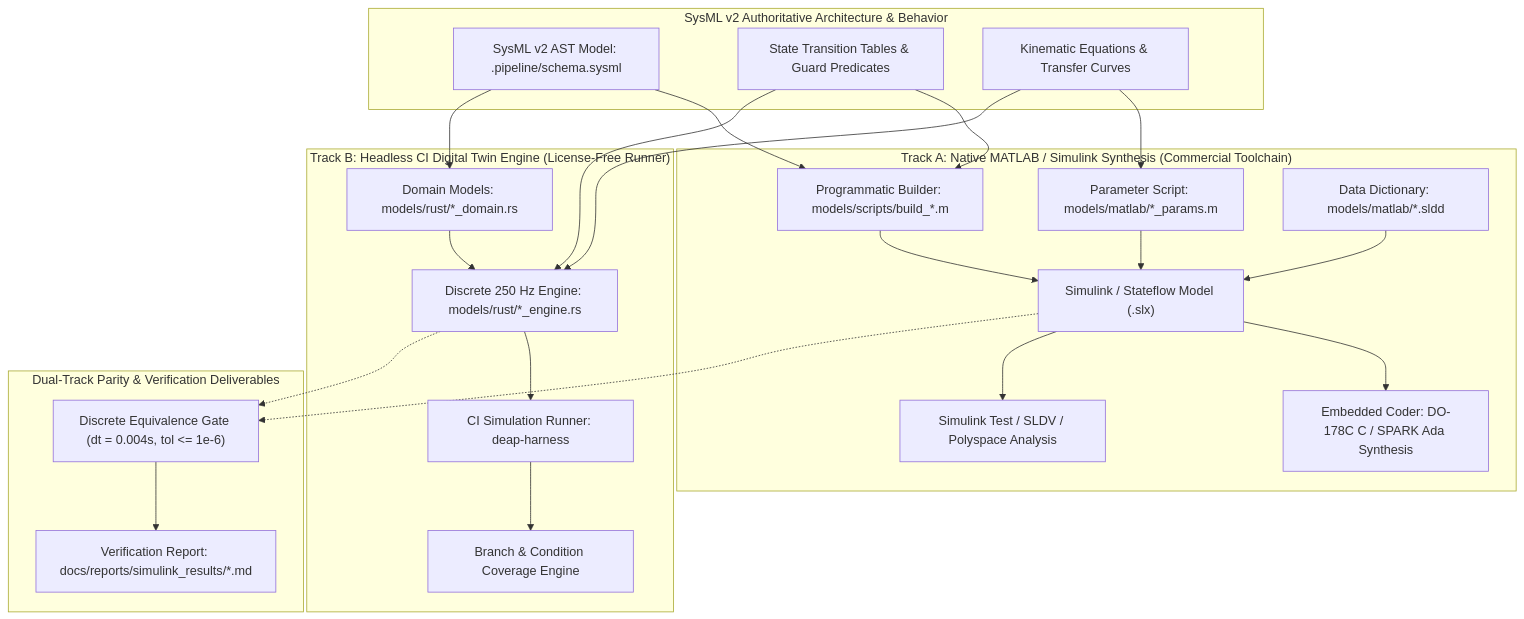
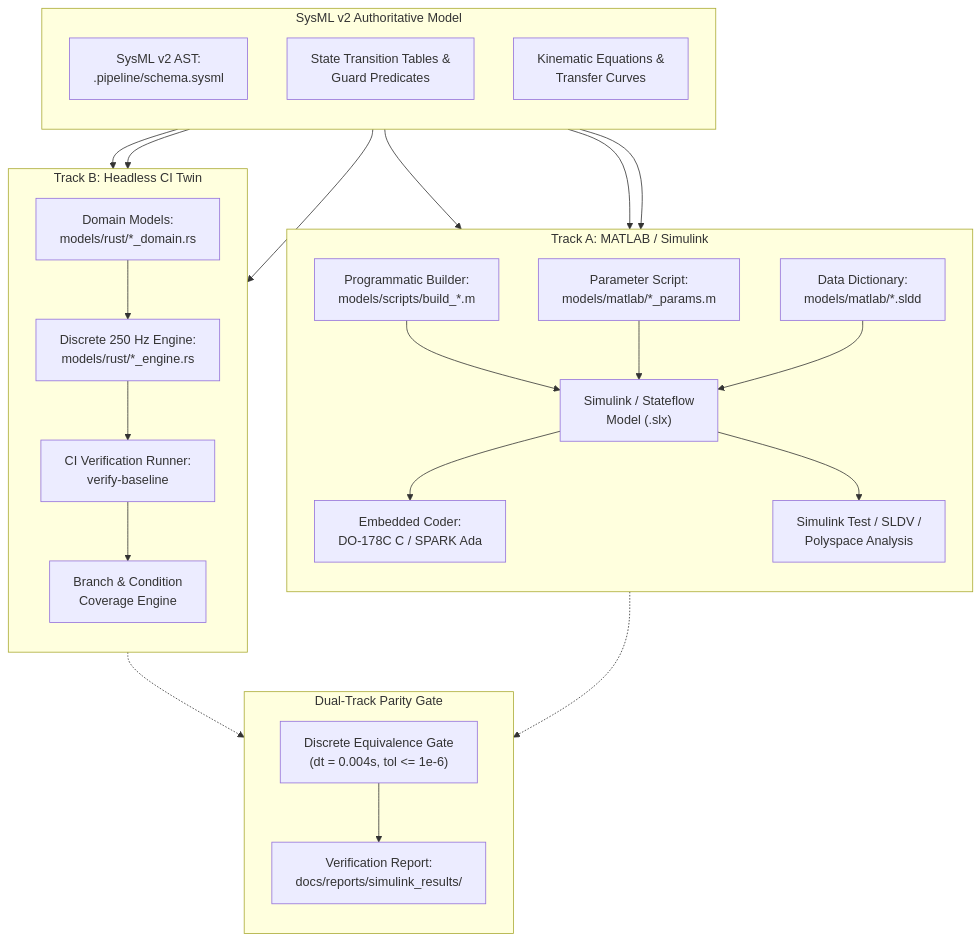
Before and after one commit to gintatkinson/DEAP01-spec-core: the second of 2 diagrams in docs/architecture/blueprints/SYSML_SSOT_BIDIRECTIONAL_SYNCHRONIZATION_ARCHITECTURE.md, drawn with Mermaid. The commit also changed other lines of this file and 28 other files, not shown here.

Commit message:
feat(verify-baseline,deap-core,compile-sysml): implement Option C blueprint capabilities and Check 37 blueprint grounding gate

````diff
--- a/docs/architecture/blueprints/SYSML_SSOT_BIDIRECTIONAL_SYNCHRONIZATION_ARCHITECTURE.md
+++ b/docs/architecture/blueprints/SYSML_SSOT_BIDIRECTIONAL_SYNCHRONIZATION_ARCHITECTURE.md
@@ -226,50 +275,54 @@
 ```mermaid
 flowchart TD
-    subgraph SSOT["SysML v2 Authoritative Architecture & Behavior"]
-        AST["SysML v2 AST Model: .pipeline/schema.sysml"]
-        FSM_SPEC["State Transition Tables & Guard Predicates"]
-        DYN_SPEC["Kinematic Equations & Transfer Curves"]
+    subgraph SSOT["SysML v2 Authoritative Model"]
+        direction TB
+        AST["SysML v2 AST:<br/>.pipeline/schema.sysml"]
+        FSM_SPEC["State Transition Tables &<br/>Guard Predicates"]
+        DYN_SPEC["Kinematic Equations &<br/>Transfer Curves"]
     end
 
-    subgraph TrackA["Track A: Native MATLAB / Simulink Synthesis (Commercial Toolchain)"]
-        BUILD_M["Programmatic Builder: models/scripts/build_*.m"]
-        PARAMS_M["Parameter Script: models/matlab/*_params.m"]
-        SLDD_DATA["Data Dictionary: models/matlab/*.sldd"]
-        SLX_MODEL["Simulink / Stateflow Model (.slx)"]
-        EMBEDDED_CODER["Embedded Coder: DO-178C C / SPARK Ada Synthesis"]
-        SLDV_COV["Simulink Test / SLDV / Polyspace Analysis"]
+    subgraph TrackA["Track A: MATLAB / Simulink"]
+        direction TB
+        BUILD_M["Programmatic Builder:<br/>models/scripts/build_*.m"]
+        PARAMS_M["Parameter Script:<br/>models/matlab/*_params.m"]
+        SLDD_DATA["Data Dictionary:<br/>models/matlab/*.sldd"]
+        SLX_MODEL["Simulink / Stateflow<br/>Model (.slx)"]
+        EMBEDDED_CODER["Embedded Coder:<br/>DO-178C C / SPARK Ada"]
+        SLDV_COV["Simulink Test / SLDV /<br/>Polyspace Analysis"]
     end
 
-    subgraph TrackB["Track B: Headless CI Digital Twin Engine (License-Free Runner)"]
-        RS_DOMAIN["Domain Models: models/rust/*_domain.rs"]
-        RS_ENGINE["Discrete 250 Hz Engine: models/rust/*_engine.rs"]
-        SIM_HARNESS["CI Simulation Runner: deap-harness"]
-        RS_COV["Branch & Condition Coverage Engine"]
+    subgraph TrackB["Track B: Headless CI Twin"]
+        direction TB
+        RS_DOMAIN["Domain Models:<br/>models/rust/*_domain.rs"]
+        RS_ENGINE["Discrete 250 Hz Engine:<br/>models/rust/*_engine.rs"]
+        SIM_HARNESS["CI Verification Runner:<br/>verify-baseline"]
+        RS_COV["Branch & Condition<br/>Coverage Engine"]
     end
 
-    subgraph ParityGate["Dual-Track Parity & Verification Deliverables"]
-        EQUIV["Discrete Equivalence Gate (dt = 0.004s, tol <= 1e-6)"]
-        REPORT["Verification Report: docs/reports/simulink_results/*.md"]
+    subgraph ParityGate["Dual-Track Parity Gate"]
+        direction TB
+        EQUIV["Discrete Equivalence Gate<br/>(dt = 0.004s, tol <= 1e-6)"]
+        REPORT["Verification Report:<br/>docs/reports/simulink_results/"]
     end
 
     AST --> BUILD_M
     AST --> RS_DOMAIN
     FSM_SPEC --> BUILD_M
     FSM_SPEC --> RS_ENGINE
     DYN_SPEC --> PARAMS_M
     DYN_SPEC --> RS_ENGINE
 
     BUILD_M --> SLX_MODEL
     PARAMS_M --> SLX_MODEL
     SLDD_DATA --> SLX_MODEL
     SLX_MODEL --> EMBEDDED_CODER
     SLX_MODEL --> SLDV_COV
 
     RS_DOMAIN --> RS_ENGINE
     RS_ENGINE --> SIM_HARNESS
     SIM_HARNESS --> RS_COV
 
     SLX_MODEL -.-> EQUIV
     RS_ENGINE -.-> EQUIV
     EQUIV --> REPORT
 ```
````
